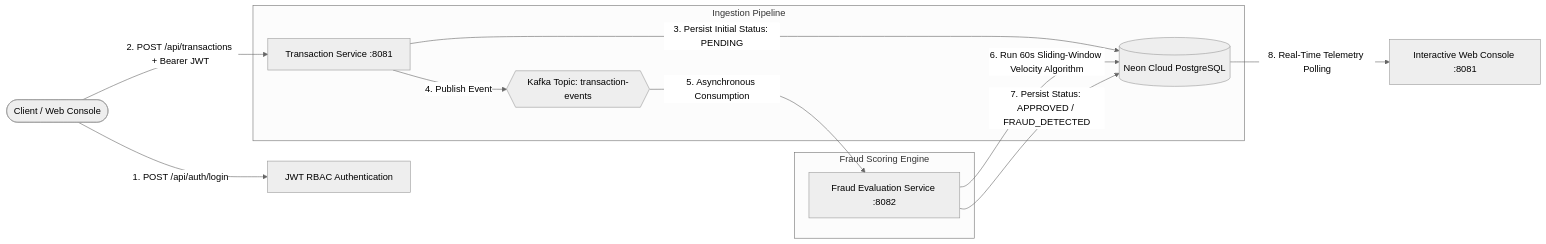
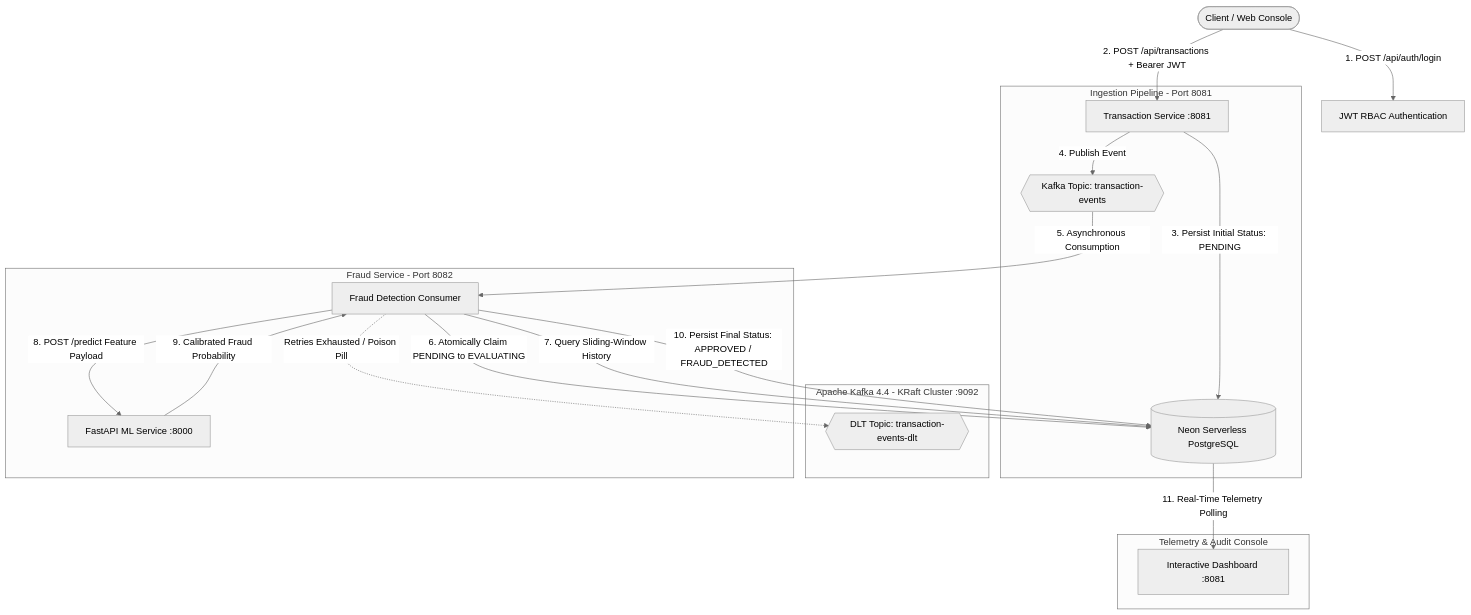
Before and after one commit to mullewarpramodh-tech/fintech-fraud-monitor: the diagram in README.md, drawn with Mermaid (neutral theme). The commit also changed other lines of this file, not shown here.

Commit message:
docs: update README with Kafka 4.4 KRaft, ML service, and multi-tier architecture

````diff
--- a/README.md
+++ b/README.md
@@ -28,18 +32,29 @@
 ```mermaid
-flowchart LR
+flowchart TD
     Client([Client / Web Console]) -->|1. POST /api/auth/login| Auth[JWT RBAC Authentication]
     Client -->|2. POST /api/transactions + Bearer JWT| TxService[Transaction Service :8081]
     
-    subgraph Ingestion Pipeline
-        TxService -->|3. Persist Initial Status: PENDING| DB[(Neon Cloud PostgreSQL)]
+    subgraph Ingestion Pipeline [Ingestion Pipeline - Port 8081]
+        TxService -->|3. Persist Initial Status: PENDING| DB[(Neon Serverless PostgreSQL)]
         TxService -->|4. Publish Event| Kafka{{Kafka Topic: transaction-events}}
     end
     
-    subgraph Fraud Scoring Engine
-        Kafka -->|5. Asynchronous Consumption| FraudService[Fraud Evaluation Service :8082]
-        FraudService -->|6. Run 60s Sliding-Window Velocity Algorithm| DB
-        FraudService -->|7. Persist Status: APPROVED / FRAUD_DETECTED| DB
+    subgraph Streaming & Resilience [Apache Kafka 4.4 - KRaft Cluster :9092]
+        Kafka
+        DLT{{DLT Topic: transaction-events-dlt}}
     end
 
-    DB -->|8. Real-Time Telemetry Polling| Dashboard[Interactive Web Console :8081]
+    subgraph Fraud Evaluation Engine [Fraud Service - Port 8082]
+        Kafka -->|5. Asynchronous Consumption| Consumer[Fraud Detection Consumer]
+        Consumer -->|6. Atomically Claim PENDING to EVALUATING| DB
+        Consumer -->|7. Query Sliding-Window History| DB
+        Consumer -->|8. POST /predict Feature Payload| MLService[FastAPI ML Service :8000]
+        MLService -->|9. Calibrated Fraud Probability| Consumer
+        Consumer -->|10. Persist Final Status: APPROVED / FRAUD_DETECTED| DB
+        Consumer -.->|Retries Exhausted / Poison Pill| DLT
+    end
+
+    subgraph Telemetry & Audit Console
+        DB -->|11. Real-Time Telemetry Polling| Dashboard[Interactive Dashboard :8081]
+    end
 ```
````
